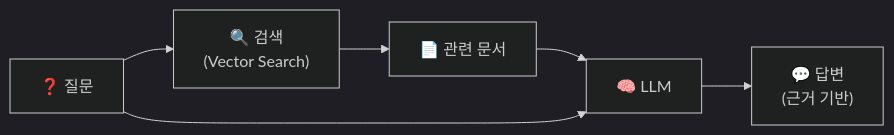
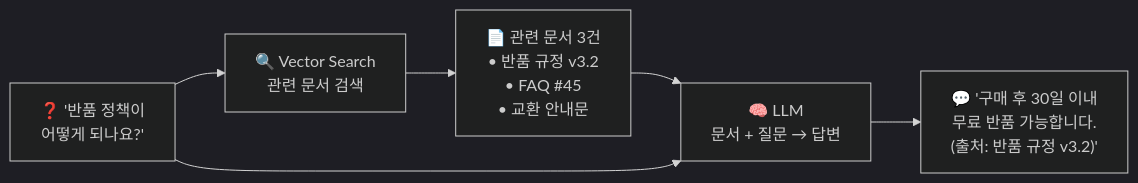
Before and after one commit to SimyungYang/simyung-dbx-training: the third of 4 diagrams in 10-agent-development/what-is-ai-agent.md, drawn with Mermaid (dark theme). The commit also changed other lines of this file and 5 other files, not shown here.

````diff
--- a/10-agent-development/what-is-ai-agent.md
+++ b/10-agent-development/what-is-ai-agent.md
@@ -43,8 +99,12 @@
 ```mermaid
 graph LR
-    Q["❓ 질문"] --> R["🔍 검색<br/>(Vector Search)"]
-    R --> D["📄 관련 문서"]
-    D --> LLM["🧠 LLM"]
+    Q["❓ '반품 정책이<br/>어떻게 되나요?'"]
+    R["🔍 Vector Search<br/>관련 문서 검색"]
+    D["📄 관련 문서 3건<br/>• 반품 규정 v3.2<br/>• FAQ #45<br/>• 교환 안내문"]
+    LLM["🧠 LLM<br/>문서 + 질문 → 답변"]
+    A["💬 '구매 후 30일 이내<br/>무료 반품 가능합니다.<br/>(출처: 반품 규정 v3.2)'"]
+
+    Q --> R --> D --> LLM
     Q --> LLM
-    LLM --> A["💬 답변<br/>(근거 기반)"]
+    LLM --> A
 ```
````
